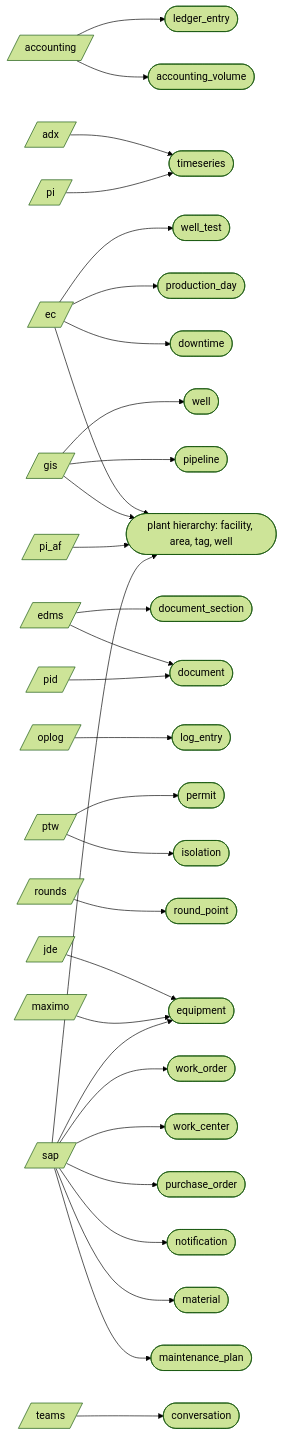
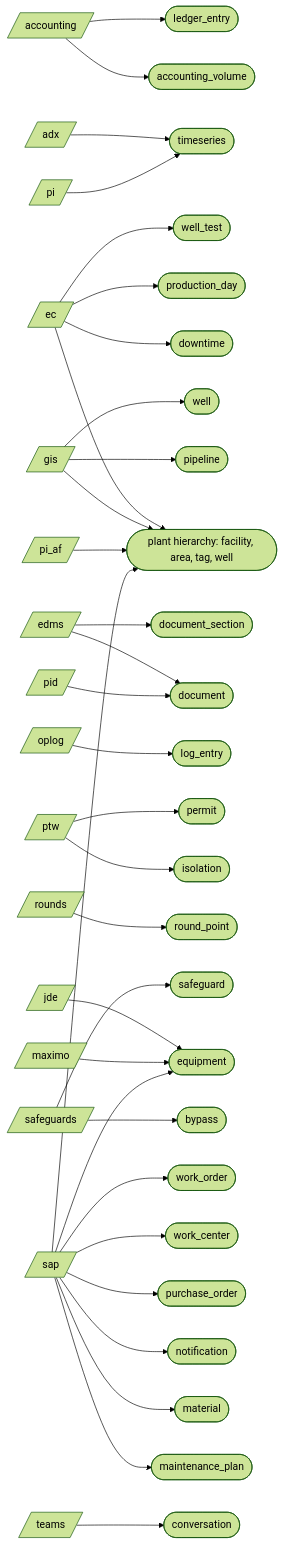
One commit to areed145/fuzer changed the second of 3 diagrams in docs/architecture.md. Above: the diagram before and after it, drawn with Mermaid (forest theme). The commit also changed other lines of this file and 16 other files, not shown here.

First line of the commit message:
Safeguard and bypass registers as a source; an overdue bypass is work for the ops lead (P3.9a) (#773)

````diff
--- a/docs/architecture.md
+++ b/docs/architecture.md
@@ -79,71 +79,76 @@
 ```mermaid
 flowchart LR
   src_accounting[/"accounting"/]
   src_adx[/"adx"/]
   src_ec[/"ec"/]
   src_edms[/"edms"/]
   src_gis[/"gis"/]
   src_jde[/"jde"/]
   src_maximo[/"maximo"/]
   src_oplog[/"oplog"/]
   src_pi[/"pi"/]
   src_pi_af[/"pi_af"/]
   src_pid[/"pid"/]
   src_ptw[/"ptw"/]
   src_rounds[/"rounds"/]
+  src_safeguards[/"safeguards"/]
   src_sap[/"sap"/]
   src_teams[/"teams"/]
   kind_accounting_volume(["accounting_volume"])
+  kind_bypass(["bypass"])
   kind_conversation(["conversation"])
   kind_document(["document"])
   kind_document_section(["document_section"])
   kind_downtime(["downtime"])
   kind_equipment(["equipment"])
   kind_isolation(["isolation"])
   kind_ledger_entry(["ledger_entry"])
   kind_log_entry(["log_entry"])
   kind_maintenance_plan(["maintenance_plan"])
   kind_material(["material"])
   kind_notification(["notification"])
   kind_permit(["permit"])
   kind_pipeline(["pipeline"])
   kind_plant_hierarchy__facility__area__tag__well(["plant hierarchy: facility, area, tag, well"])
   kind_production_day(["production_day"])
   kind_purchase_order(["purchase_order"])
   kind_round_point(["round_point"])
+  kind_safeguard(["safeguard"])
   kind_timeseries(["timeseries"])
   kind_well(["well"])
   kind_well_test(["well_test"])
   kind_work_center(["work_center"])
   kind_work_order(["work_order"])
   src_accounting --> kind_accounting_volume
   src_accounting --> kind_ledger_entry
   src_adx --> kind_timeseries
   src_ec --> kind_downtime
   src_ec --> kind_plant_hierarchy__facility__area__tag__well
   src_ec --> kind_production_day
   src_ec --> kind_well_test
   src_edms --> kind_document
   src_edms --> kind_document_section
   src_gis --> kind_pipeline
   src_gis --> kind_plant_hierarchy__facility__area__tag__well
   src_gis --> kind_well
   src_jde --> kind_equipment
   src_maximo --> kind_equipment
   src_oplog --> kind_log_entry
   src_pi --> kind_timeseries
   src_pi_af --> kind_plant_hierarchy__facility__area__tag__well
   src_pid --> kind_document
   src_ptw --> kind_isolation
   src_ptw --> kind_permit
   src_rounds --> kind_round_point
+  src_safeguards --> kind_bypass
+  src_safeguards --> kind_safeguard
   src_sap --> kind_equipment
   src_sap --> kind_maintenance_plan
   src_sap --> kind_material
   src_sap --> kind_notification
   src_sap --> kind_plant_hierarchy__facility__area__tag__well
   src_sap --> kind_purchase_order
   src_sap --> kind_work_center
   src_sap --> kind_work_order
   src_teams --> kind_conversation
 ```
````
